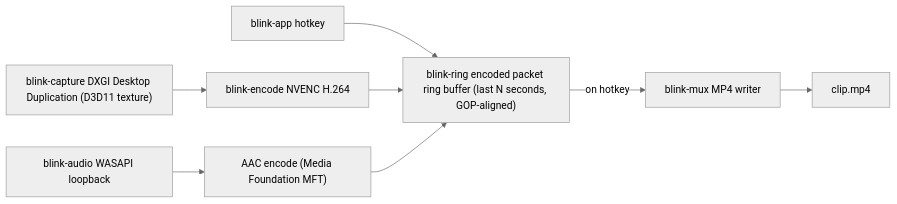
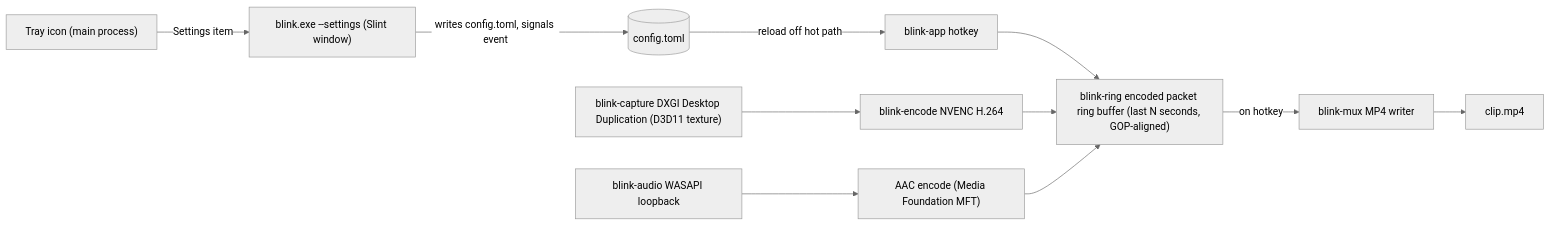
One commit to blairmcalpine/blink changed the diagram in docs/ARCHITECTURE.md. Above: the diagram before and after it, drawn with Mermaid (neutral theme). The commit also changed other lines of this file and 3 other files, not shown here.

Commit message:
docs: record settings UI design (tray icon + on-demand Slint settings process)

````diff
--- a/docs/ARCHITECTURE.md
+++ b/docs/ARCHITECTURE.md
@@ -20,8 +20,11 @@
 ```mermaid
 flowchart LR
   Hotkey[blink-app hotkey] --> Ring
   DXGI["blink-capture DXGI Desktop Duplication (D3D11 texture)"] --> NVENC["blink-encode NVENC H.264"]
   NVENC --> Ring["blink-ring encoded packet ring buffer (last N seconds, GOP-aligned)"]
   WASAPI["blink-audio WASAPI loopback"] --> AAC["AAC encode (Media Foundation MFT)"] --> Ring
   Ring -->|on hotkey| Mux["blink-mux MP4 writer"] --> File[clip.mp4]
+  Tray["Tray icon (main process)"] -->|Settings item| Settings["blink.exe --settings (Slint window)"]
+  Settings -->|"writes config.toml, signals event"| Config[("config.toml")]
+  Config -->|reload off hot path| Hotkey
 ```
````
